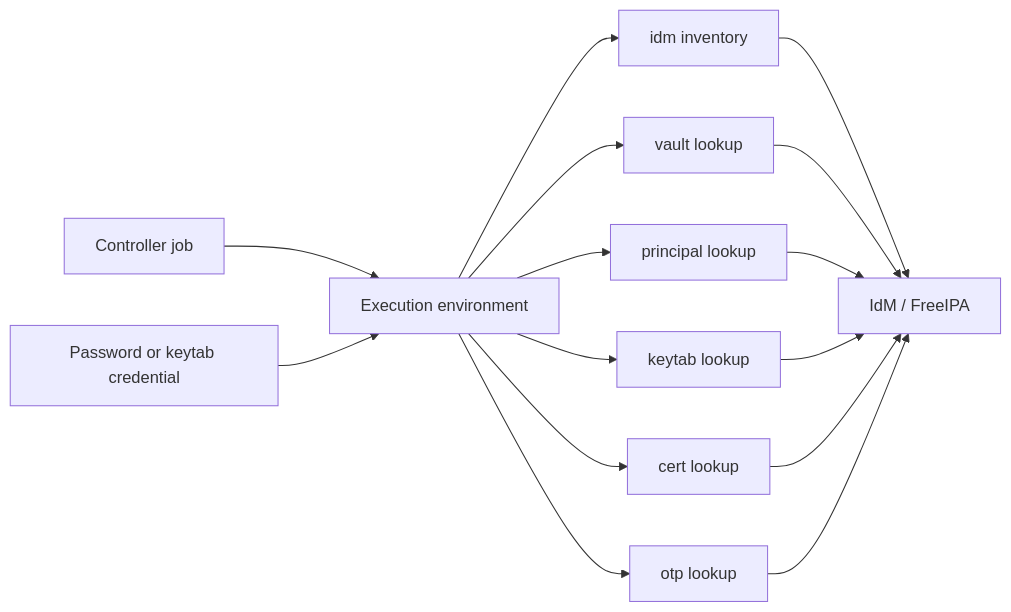
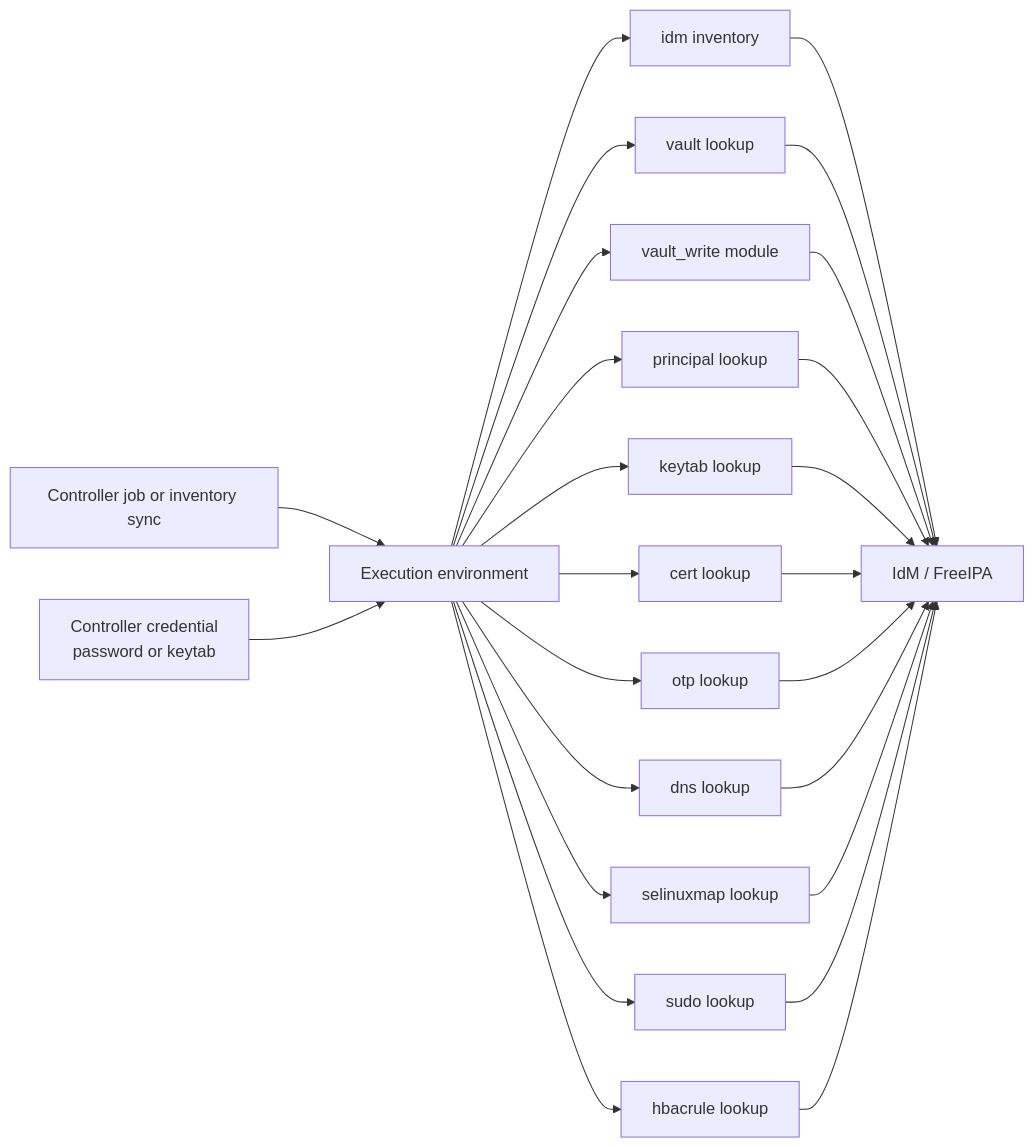
The diagram in docs/aap-integration.md (gprocunier/eigenstate-ipa), drawn with Mermaid before and after one commit. The commit also changed other lines of this file and 6 other files, not shown here.

````diff
--- a/docs/aap-integration.md
+++ b/docs/aap-integration.md
@@ -44,28 +52,44 @@
 ```mermaid
 flowchart LR
-    ctrl["Controller job"]
-    cred["Password or keytab credential"]
+    ctrl["Controller job or inventory sync"]
+    cred["Controller credential
+password or keytab"]
     ee["Execution environment"]
     inv["idm inventory"]
     vault["vault lookup"]
+    write["vault_write module"]
     principal["principal lookup"]
     keytab["keytab lookup"]
     cert["cert lookup"]
     otp["otp lookup"]
+    dns["dns lookup"]
+    selinux["selinuxmap lookup"]
+    sudo["sudo lookup"]
+    hbac["hbacrule lookup"]
     idm["IdM / FreeIPA"]
 
     ctrl --> ee
     cred --> ee
     ee --> inv
     ee --> vault
+    ee --> write
     ee --> principal
     ee --> keytab
     ee --> cert
     ee --> otp
+    ee --> dns
+    ee --> selinux
+    ee --> sudo
+    ee --> hbac
     inv --> idm
     vault --> idm
+    write --> idm
     principal --> idm
     keytab --> idm
     cert --> idm
     otp --> idm
+    dns --> idm
+    selinux --> idm
+    sudo --> idm
+    hbac --> idm
 ```
````
